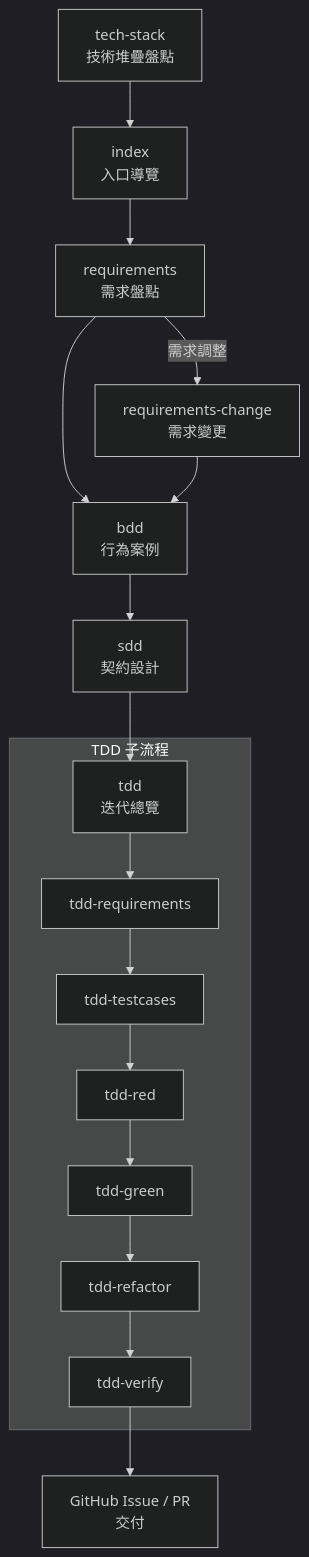
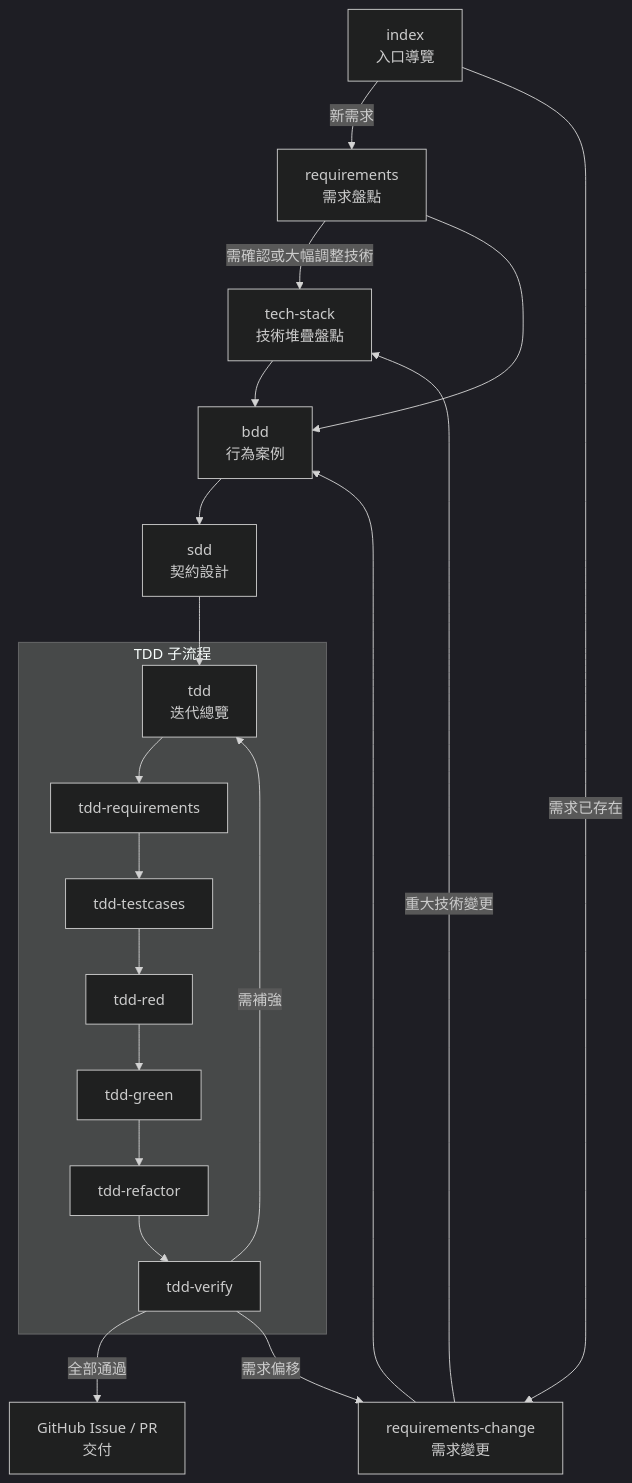
One commit to hsiangjenli/prompts changed the diagram in README.md. Above: the diagram before and after it, drawn with Mermaid (dark theme). The commit also changed other lines of this file and 14 other files, not shown here.

````diff
--- a/README.md
+++ b/README.md
@@ -41,26 +41,31 @@
 ```mermaid
 flowchart TB
-    TS[tech-stack
-技術堆疊盤點] --> PI[index
-入口導覽] --> PRQ[requirements
+    PI[index
+入口導覽] -->|新需求| PRQ[requirements
 需求盤點]
-    PRQ -->|需求調整| PRC[requirements-change
+    PI -->|需求已存在| PRC[requirements-change
 需求變更]
+    PRQ -->|需確認或大幅調整技術| TS[tech-stack
+技術堆疊盤點]
+    PRC -->|重大技術變更| TS
     PRQ --> PBDD[bdd
 行為案例]
+    TS --> PBDD
     PRC --> PBDD
     PBDD --> PSDD[sdd
 契約設計]
     PSDD --> PTDD[tdd
 迭代總覽]
     subgraph "TDD 子流程"
         PTDD --> TRQ[tdd-requirements]
         TRQ --> TTC[tdd-testcases]
         TTC --> TRD[tdd-red]
         TRD --> TGR[tdd-green]
         TGR --> TRF[tdd-refactor]
         TRF --> TVF[tdd-verify]
     end
-    TVF --> GH[GitHub Issue / PR
+    TVF -->|全部通過| GH[GitHub Issue / PR
 交付]
+    TVF -->|需補強| PTDD
+    TVF -->|需求偏移| PRC
 ```
````
